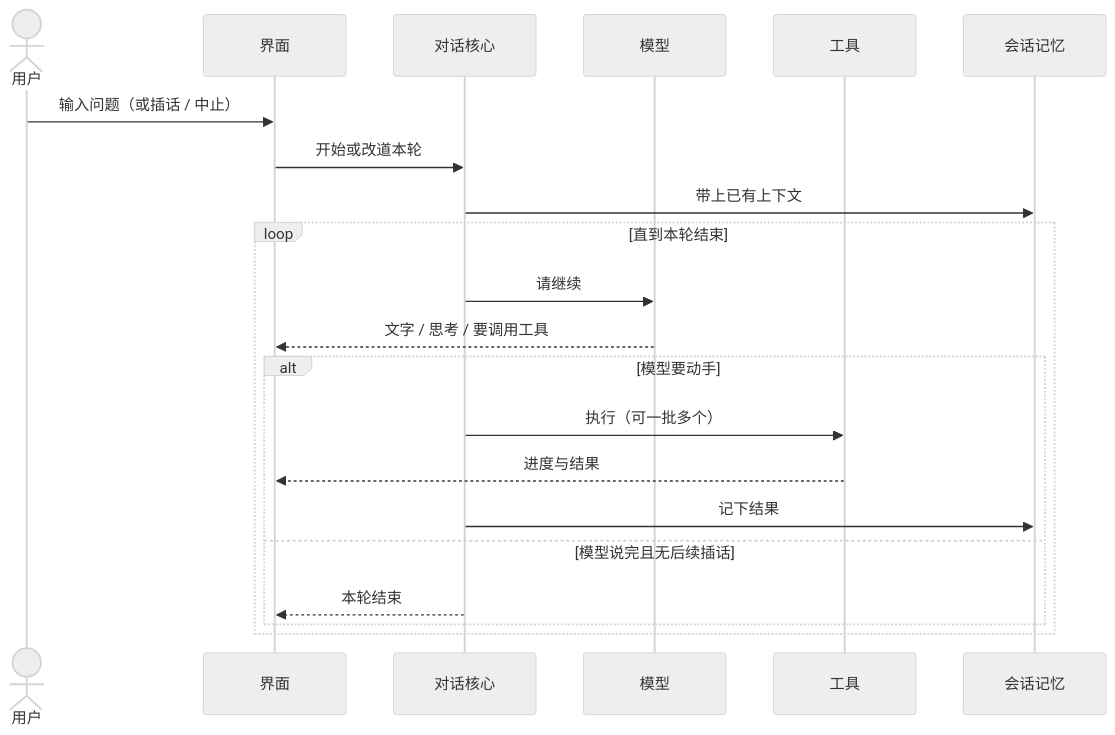
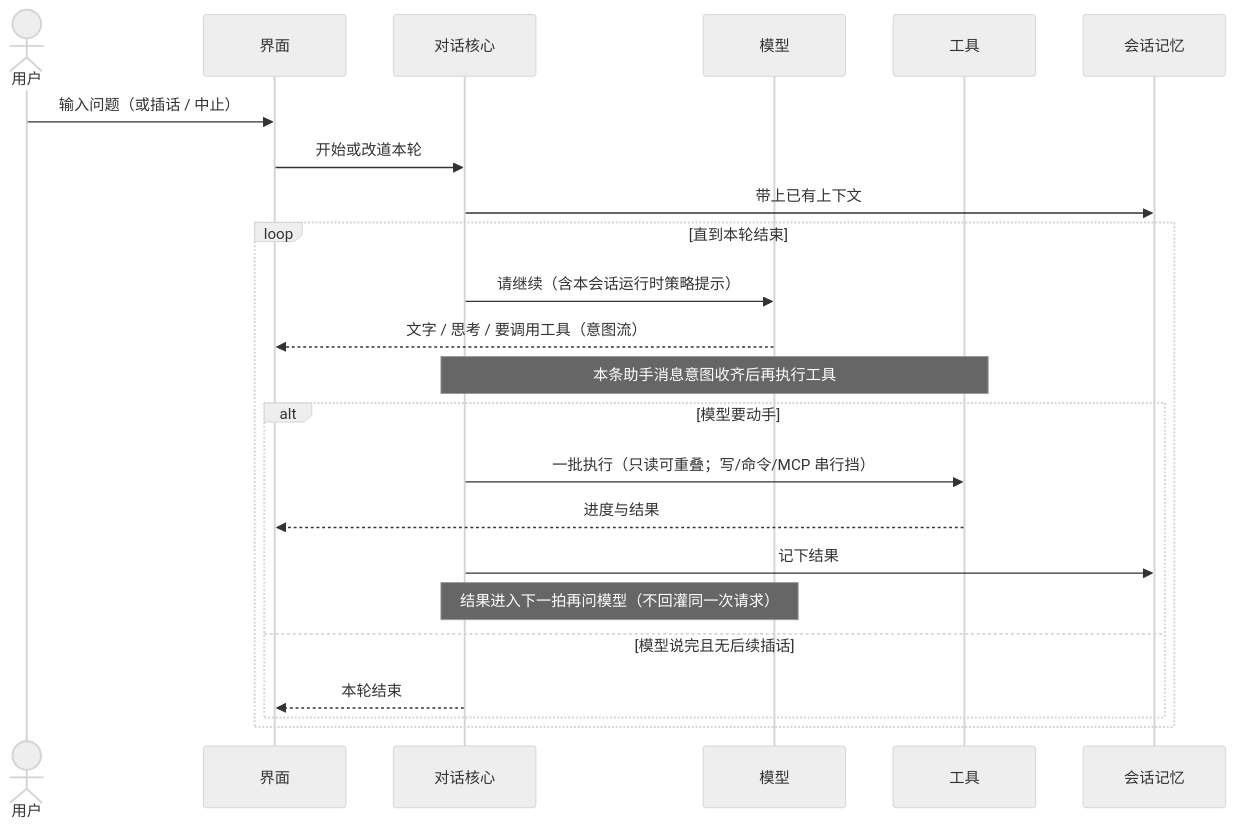
Before and after one commit to StrayDragon/xylitol: the diagram in docs/architecture/一轮对话.md, drawn with Mermaid (neutral theme). The commit also changed other lines of this file and 5 other files, not shown here.

First line of the commit message:
docs: land tool-batch architecture and shelve low-ROI drafts

````diff
--- a/docs/architecture/一轮对话.md
+++ b/docs/architecture/一轮对话.md
@@ -12,24 +12,26 @@
 ```mermaid
 sequenceDiagram
   actor U as 用户
   participant UI as 界面
   participant Agent as 对话核心
   participant Model as 模型
   participant Tools as 工具
   participant Mem as 会话记忆
 
   U->>UI: 输入问题（或插话 / 中止）
   UI->>Agent: 开始或改道本轮
   Agent->>Mem: 带上已有上下文
   loop 直到本轮结束
-    Agent->>Model: 请继续
-    Model-->>UI: 文字 / 思考 / 要调用工具
+    Agent->>Model: 请继续（含本会话运行时策略提示）
+    Model-->>UI: 文字 / 思考 / 要调用工具（意图流）
+    Note over Agent,Tools: 本条助手消息意图收齐后再执行工具
     alt 模型要动手
-      Agent->>Tools: 执行（可一批多个）
+      Agent->>Tools: 一批执行（只读可重叠；写/命令/MCP 串行挡）
       Tools-->>UI: 进度与结果
       Agent->>Mem: 记下结果
+      Note over Agent,Model: 结果进入下一拍再问模型（不回灌同一次请求）
     else 模型说完且无后续插话
       Agent-->>UI: 本轮结束
     end
   end
 ```
````
